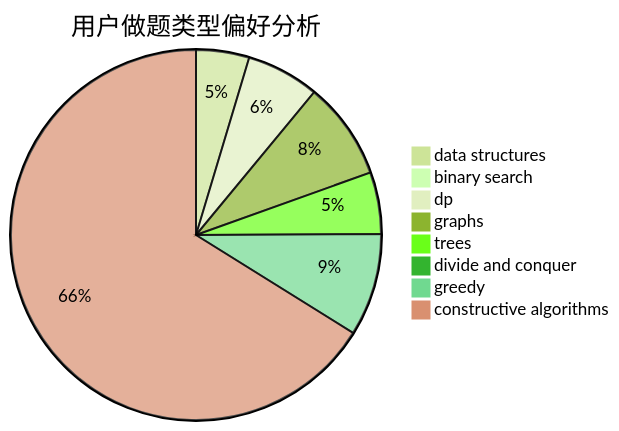
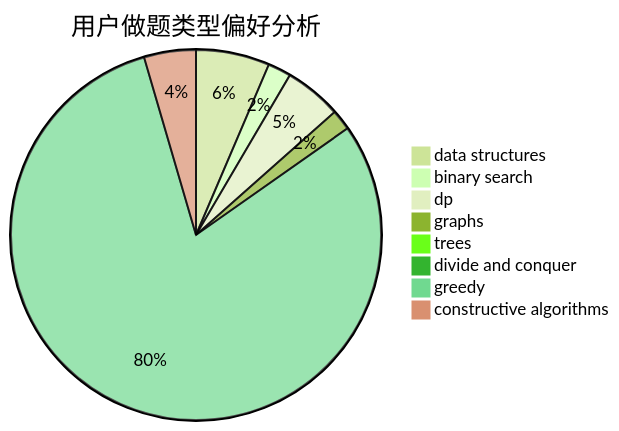
Before and after one commit to sherpahu/cfrs.github.io: the second of 3 diagrams in docs/user/u2470.md, drawn with Mermaid (forest theme). The commit also changed other lines of this file and 2770 other files, not shown here.

````diff
--- a/docs/user/u2470.md
+++ b/docs/user/u2470.md
@@ -23,11 +23,11 @@
 ```mermaid
 pie title 用户做题类型偏好分析
-    "data structures" :  43
-    "binary search" :  4
-    "dp" :  59
-    "graphs" :  79
-    "trees" :  50
+    "data structures" :  54
+    "binary search" :  17
+    "dp" :  42
+    "graphs" :  15
+    "trees" :  5
     "divide and conquer" :  0
-    "greedy" :  83
-    "constructive algorithms" :  613
+    "greedy" :  674
+    "constructive algorithms" :  38
 ```
````
